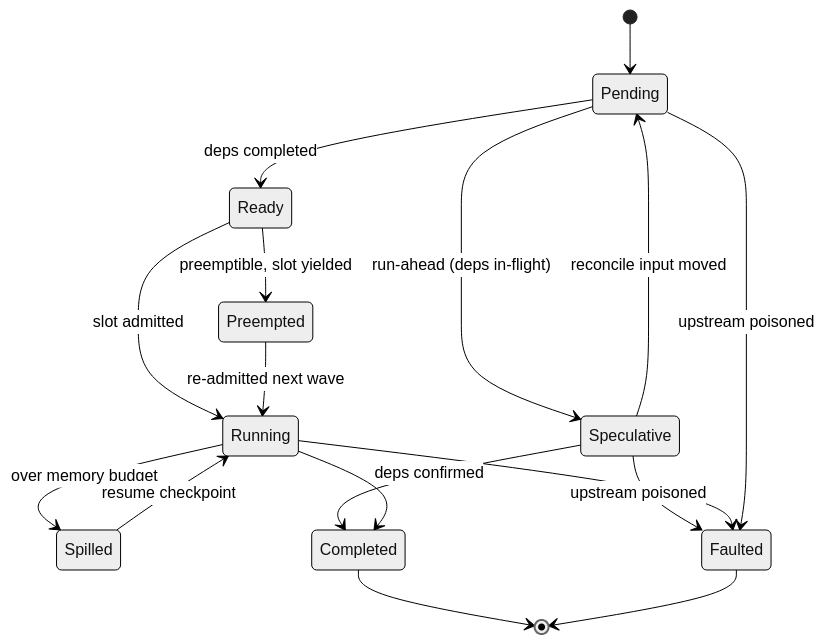
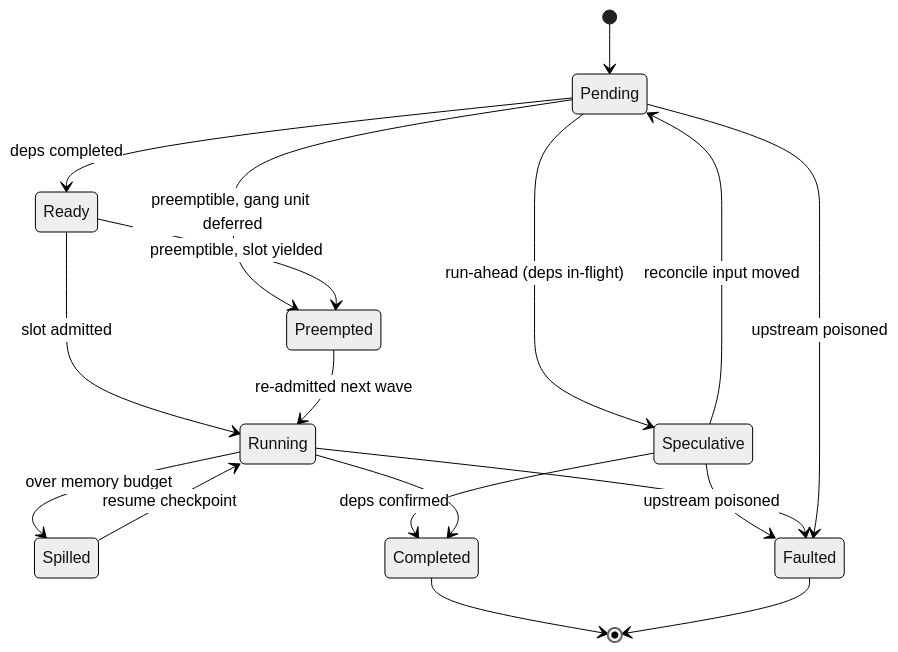
The second of 2 diagrams in libs/csharp/Rasm.Compute/.planning/Runtime/scheduling.md (bsamiee/Rasm), drawn with Mermaid (neutral theme) before and after one commit. The commit also changed other lines of this file and 185 other files, not shown here.

````diff
--- a/libs/csharp/Rasm.Compute/.planning/Runtime/scheduling.md
+++ b/libs/csharp/Rasm.Compute/.planning/Runtime/scheduling.md
@@ -426,19 +579,20 @@
 ```mermaid
 stateDiagram-v2
     [*] --> Pending
     Pending --> Ready : deps completed
     Pending --> Speculative : run-ahead (deps in-flight)
+    Pending --> Preempted : preemptible, gang unit deferred
     Ready --> Running : slot admitted
     Ready --> Preempted : preemptible, slot yielded
     Preempted --> Running : re-admitted next wave
     Running --> Spilled : over memory budget
     Spilled --> Running : resume checkpoint
     Speculative --> Completed : deps confirmed
     Speculative --> Faulted : upstream poisoned
     Speculative --> Pending : reconcile input moved
     Running --> Completed
     Running --> Faulted
     Pending --> Faulted : upstream poisoned
     Completed --> [*]
     Faulted --> [*]
 ```
````
